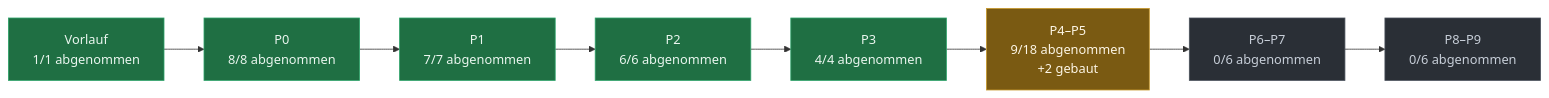
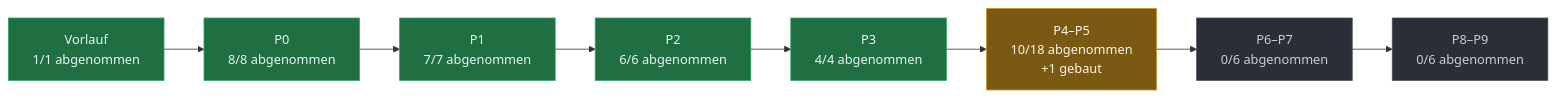
Before and after one commit to evenacadia-tech/Nakama: the diagram in docs/PLAN-STAND.md, drawn with Mermaid. The commit also changed other lines of this file, not shown here.

````diff
--- a/docs/PLAN-STAND.md
+++ b/docs/PLAN-STAND.md
@@ -37,21 +37,21 @@
 ```mermaid
 flowchart LR
   P0["Vorlauf<br/>1/1 abgenommen"]:::fertig
   P1["P0<br/>8/8 abgenommen"]:::fertig
   P0 --> P1
   P2["P1<br/>7/7 abgenommen"]:::fertig
   P1 --> P2
   P3["P2<br/>6/6 abgenommen"]:::fertig
   P2 --> P3
   P4["P3<br/>4/4 abgenommen"]:::fertig
   P3 --> P4
-  P5["P4–P5<br/>9/18 abgenommen<br/>+2 gebaut"]:::laeuft
+  P5["P4–P5<br/>10/18 abgenommen<br/>+1 gebaut"]:::laeuft
   P4 --> P5
   P6["P6–P7<br/>0/6 abgenommen"]:::offen
   P5 --> P6
   P7["P8–P9<br/>0/6 abgenommen"]:::offen
   P6 --> P7
   classDef fertig fill:#1f6f43,stroke:#2ea36a,color:#eaf6ef
   classDef laeuft fill:#7a5a12,stroke:#c99a2e,color:#fdf6e6
   classDef offen  fill:#2a2f36,stroke:#4a525c,color:#c7ced8
 ```
````
